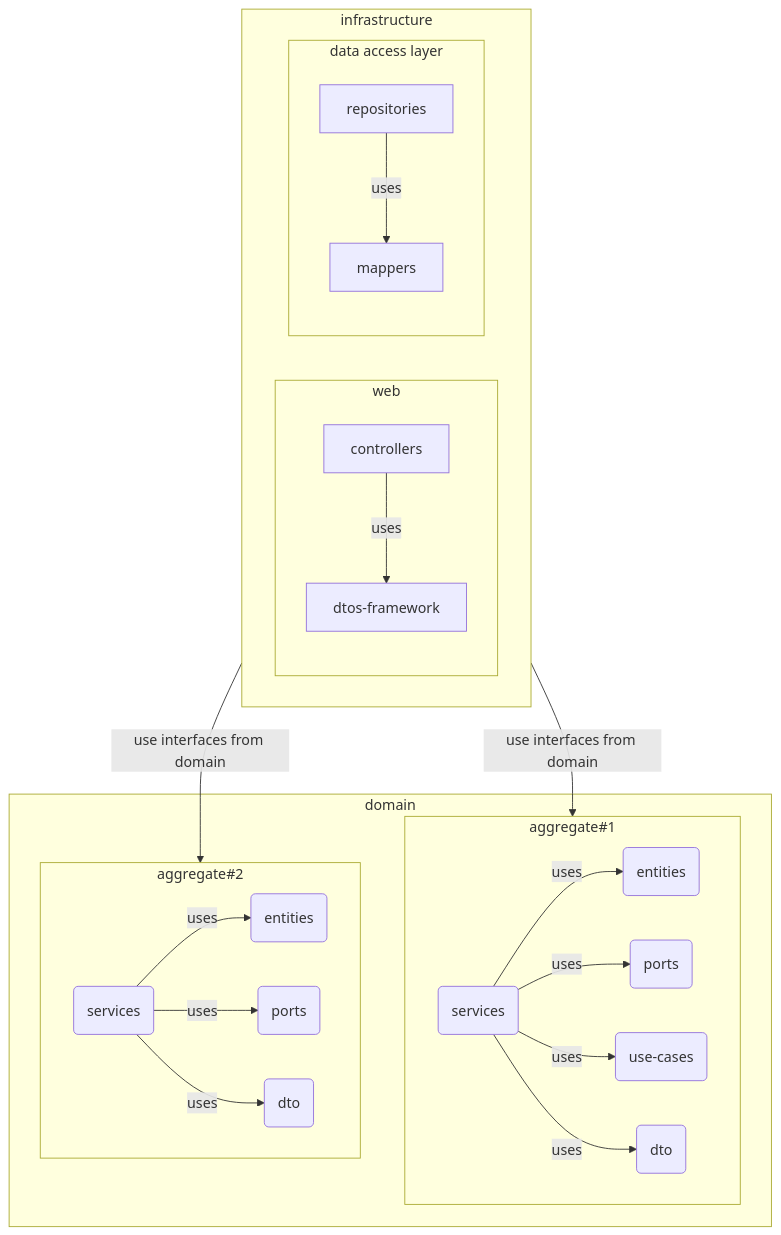
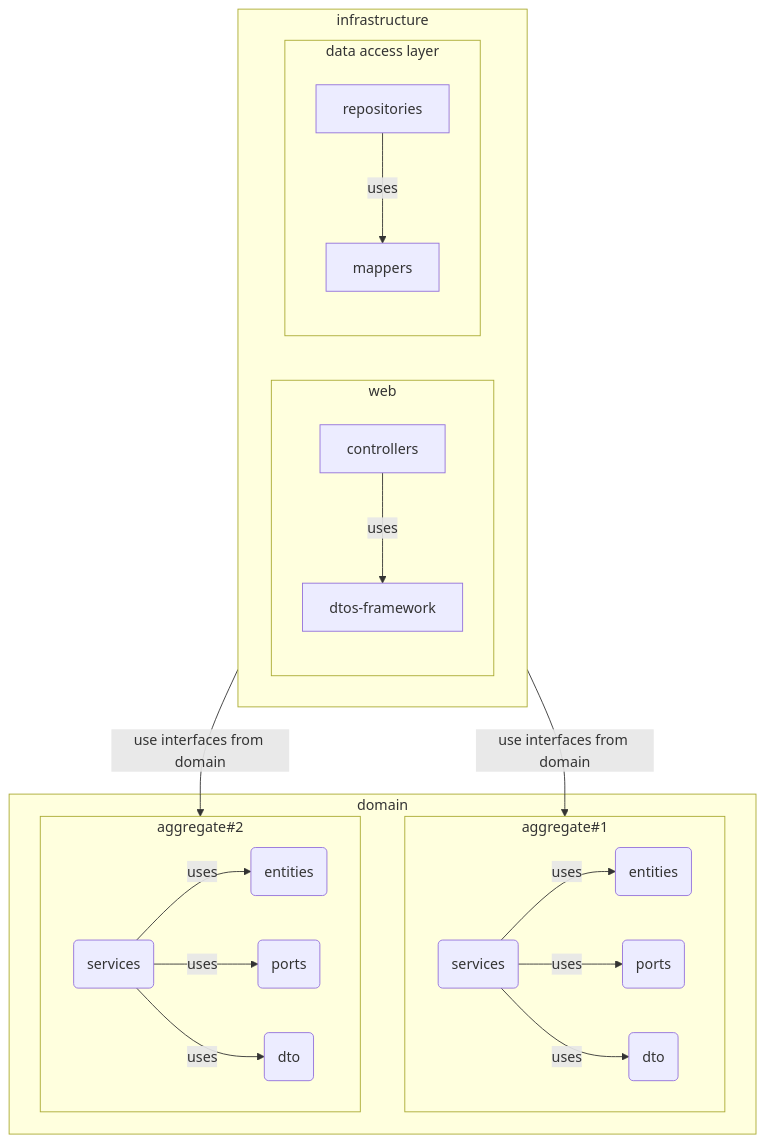
Before and after one commit to zhuravlevma/typescript-ddd-architecture: the diagram in README.md, drawn with Mermaid.

````diff
--- a/README.md
+++ b/README.md
@@ -3,31 +3,30 @@
 ```mermaid
   flowchart TB
 
     subgraph infrastructure
     subgraph web
     controllers -- uses -->dtos-framework
     end
     subgraph data access layer
     repositories -- uses --> mappers
     end
     end
     subgraph domain
     subgraph aggregate#1
 
     services1(services) -- uses --> entities1(entities)
     services1(services) -- uses --> ports1(ports)
-    services1(services) -- uses --> use-cases1(use-cases)
     services1(services) -- uses --> plain-dto1(dto)
     end
 
     subgraph aggregate#2
 
     services2(services) -- uses --> entities2(entities)
     services2(services) -- uses --> ports2(ports)
     services2(services) -- uses --> plain-dto2(dto)
     end
     end
 
     infrastructure -- use interfaces from domain --> aggregate#2
     infrastructure -- use interfaces from domain --> aggregate#1
 ```
````
